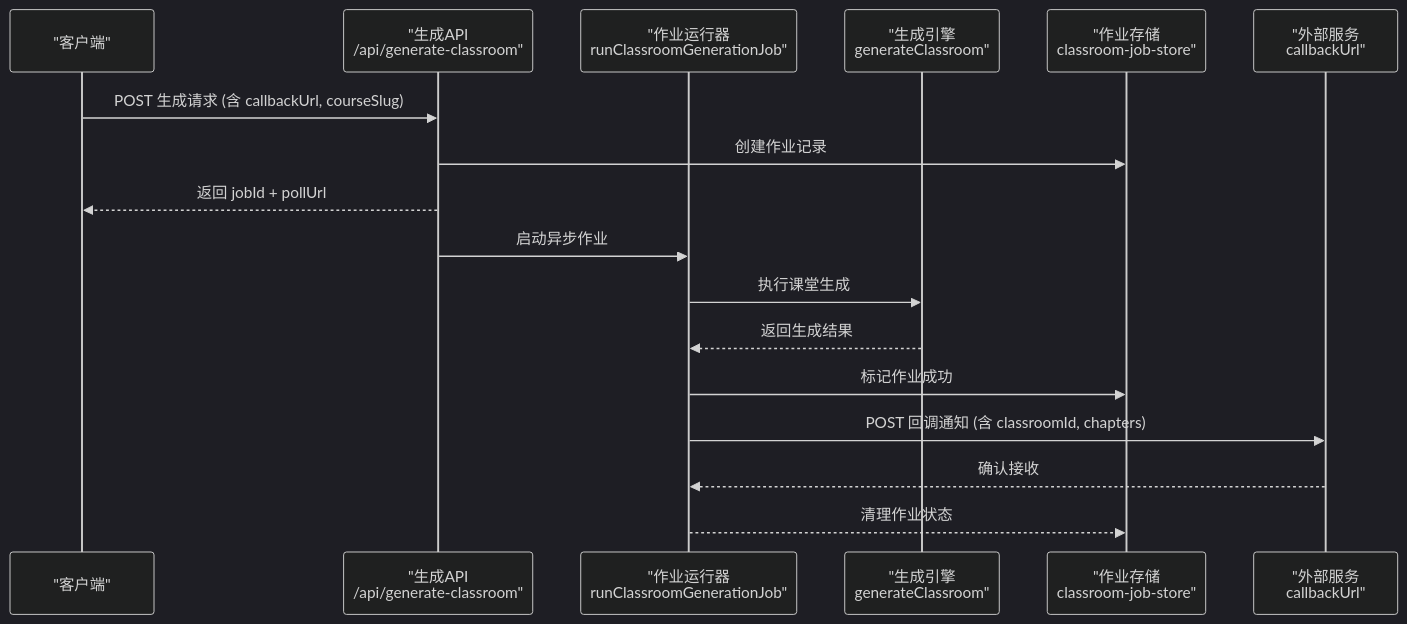
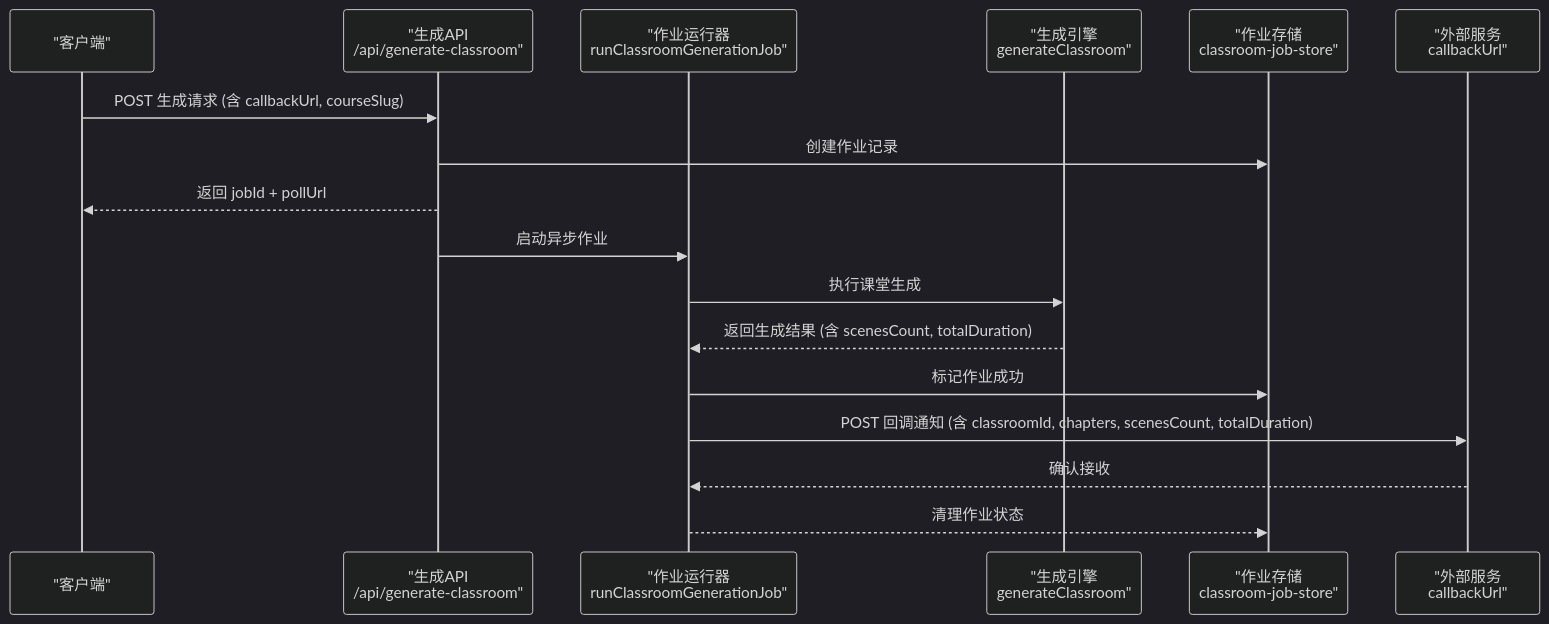
Before and after one commit to huangboheng/OpenMAIC: the second of 3 diagrams in .qoder/repowiki/zh/content/外部服务集成/Philochora 进度回调集成.md, drawn with Mermaid (dark theme). The commit also changed other lines of this file and 2 other files, not shown here.

````diff
--- a/.qoder/repowiki/zh/content/外部服务集成/Philochora 进度回调集成.md
+++ b/.qoder/repowiki/zh/content/外部服务集成/Philochora 进度回调集成.md
@@ -61,19 +63,19 @@
 ```mermaid
 sequenceDiagram
 participant Client as "客户端"
 participant API as "生成API<br/>/api/generate-classroom"
 participant Job as "作业运行器<br/>runClassroomGenerationJob"
 participant Gen as "生成引擎<br/>generateClassroom"
 participant Store as "作业存储<br/>classroom-job-store"
 participant External as "外部服务<br/>callbackUrl"
 Client->>API : POST 生成请求 (含 callbackUrl, courseSlug)
 API->>Store : 创建作业记录
 API-->>Client : 返回 jobId + pollUrl
 API->>Job : 启动异步作业
 Job->>Gen : 执行课堂生成
-Gen-->>Job : 返回生成结果
+Gen-->>Job : 返回生成结果 (含 scenesCount, totalDuration)
 Job->>Store : 标记作业成功
-Job->>External : POST 回调通知 (含 classroomId, chapters)
+Job->>External : POST 回调通知 (含 classroomId, chapters, scenesCount, totalDuration)
 External-->>Job : 确认接收
 Job-->>Store : 清理作业状态
 ```
````
